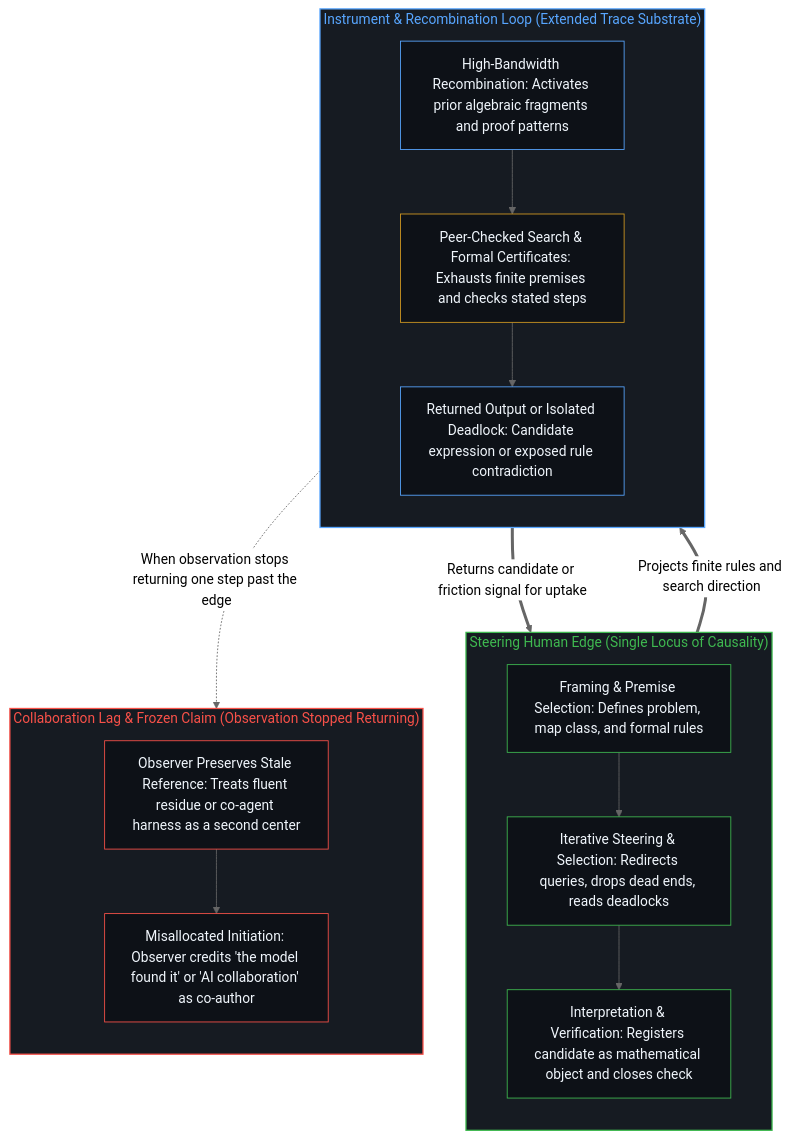
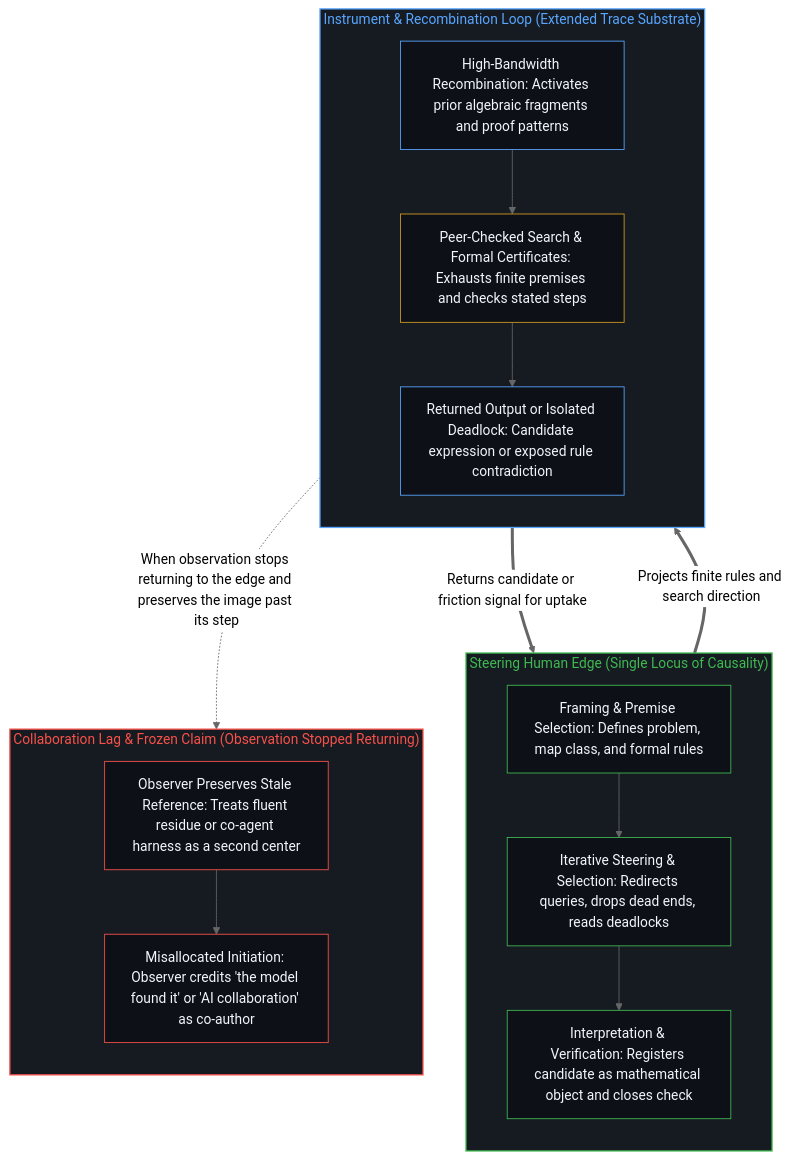
The second of 2 diagrams in content/posts/causality-stays-at-the-edge-that-steers.md (powerpig99/not-a-toe), drawn with Mermaid (neutral theme) before and after one commit. The commit also changed other lines of this file and 13 other files, not shown here.

````diff
--- a/content/posts/causality-stays-at-the-edge-that-steers.md
+++ b/content/posts/causality-stays-at-the-edge-that-steers.md
@@ -89,37 +89,37 @@
 ```mermaid
 flowchart TD
     subgraph S_Edge["Steering Human Edge (Single Locus of Causality)"]
         direction TB
         E_Frame["Framing & Premise Selection: Defines problem, map class, and formal rules"]
         E_Steer["Iterative Steering & Selection: Redirects queries, drops dead ends, reads deadlocks"]
         E_Verify["Interpretation & Verification: Registers candidate as mathematical object and closes check"]
         E_Frame --> E_Steer --> E_Verify
     end
     subgraph S_Inst["Instrument & Recombination Loop (Extended Trace Substrate)"]
         direction TB
         I_Recomb["High-Bandwidth Recombination: Activates prior algebraic fragments and proof patterns"]
         I_Peer["Peer-Checked Search & Formal Certificates: Exhausts finite premises and checks stated steps"]
         I_Signal["Returned Output or Isolated Deadlock: Candidate expression or exposed rule contradiction"]
         I_Recomb --> I_Peer --> I_Signal
     end
     subgraph S_Freeze["Collaboration Lag & Frozen Claim (Observation Stopped Returning)"]
         direction TB
         F_Lag["Observer Preserves Stale Reference: Treats fluent residue or co-agent harness as a second center"]
         F_Mis["Misallocated Initiation: Observer credits 'the model found it' or 'AI collaboration' as co-author"]
         F_Lag --> F_Mis
     end
     E_Frame ==>|"Projects finite rules and search direction"| I_Recomb
     I_Signal ==>|"Returns candidate or friction signal for uptake"| E_Steer
-    I_Signal -.->|"When observation stops returning one step past the edge"| F_Lag
+    I_Signal -.->|"When observation stops returning to the edge and preserves the image past its step"| F_Lag
     style S_Edge fill:#161b22,stroke:#3fb950,stroke-width:1.5px,color:#3fb950
     style S_Inst fill:#161b22,stroke:#58a6ff,stroke-width:1.5px,color:#58a6ff
     style S_Freeze fill:#161b22,stroke:#f85149,stroke-width:1.5px,color:#f85149
     style E_Frame fill:#0d1117,stroke:#3fb950,stroke-width:1px,color:#f0f6fc
     style E_Steer fill:#0d1117,stroke:#3fb950,stroke-width:1px,color:#f0f6fc
     style E_Verify fill:#0d1117,stroke:#3fb950,stroke-width:1px,color:#f0f6fc
     style I_Recomb fill:#0d1117,stroke:#58a6ff,stroke-width:1px,color:#f0f6fc
     style I_Peer fill:#0d1117,stroke:#d29922,stroke-width:1px,color:#f0f6fc
     style I_Signal fill:#0d1117,stroke:#58a6ff,stroke-width:1px,color:#f0f6fc
     style F_Lag fill:#0d1117,stroke:#f85149,stroke-width:1px,color:#f0f6fc
     style F_Mis fill:#0d1117,stroke:#f85149,stroke-width:1px,color:#f0f6fc
 ```
````
